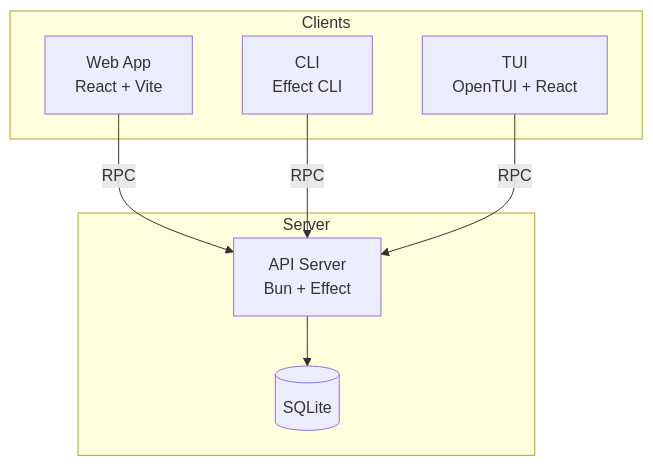
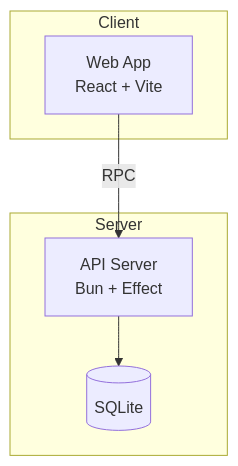
The diagram in README.md (MichaelVessia/subq), drawn with Mermaid before and after one commit. The commit also changed other lines of this file and 76 other files, not shown here.

Commit message:
chore: remove unused cli and tui packages

````diff
--- a/README.md
+++ b/README.md
@@ -9,18 +9,14 @@
 ```mermaid
 graph TB
-    subgraph Clients
+    subgraph Client
         Web[Web App<br/>React + Vite]
-        CLI[CLI<br/>Effect CLI]
-        TUI[TUI<br/>OpenTUI + React]
     end
 
     subgraph Server
         API[API Server<br/>Bun + Effect]
         DB[(SQLite)]
     end
 
     Web -->|RPC| API
-    CLI -->|RPC| API
-    TUI -->|RPC| API
     API --> DB
 ```
````
